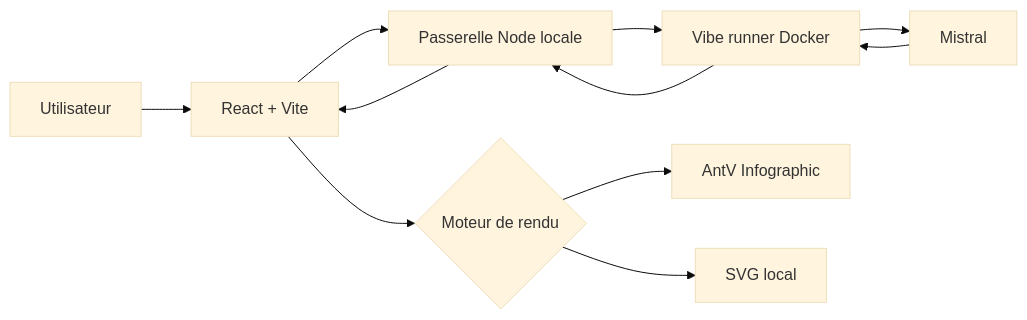
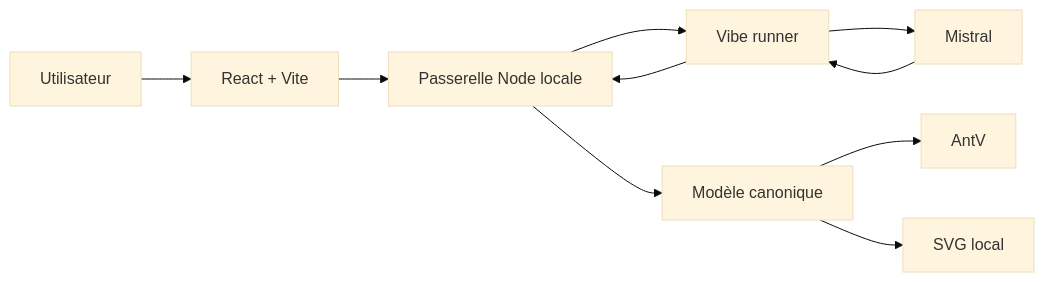
The first of 2 diagrams in README.md (Etorrent-Org/infographic-lab), drawn with Mermaid (base theme) before and after one commit. The commit also changed other lines of this file, not shown here.

````diff
--- a/README.md
+++ b/README.md
@@ -116,13 +107,12 @@
 ```mermaid
 flowchart LR
     U[Utilisateur] --> UI[React + Vite]
     UI --> APP[Passerelle Node locale]
-    APP --> VR[Vibe runner Docker]
-    VR --> M[Mistral]
-    M --> VR
-    VR --> APP
-    APP --> UI
-    UI --> R{Moteur de rendu}
-    R --> A[AntV Infographic]
-    R --> S[SVG local]
+    APP --> V[Vibe runner]
+    V --> M[Mistral]
+    M --> V
+    V --> APP
+    APP --> MODEL[Modèle canonique]
+    MODEL --> ANT[AntV]
+    MODEL --> SVG[SVG local]
 ```
````
